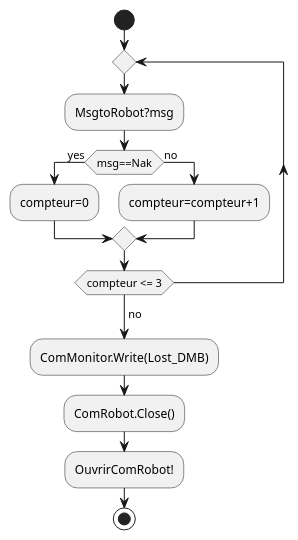
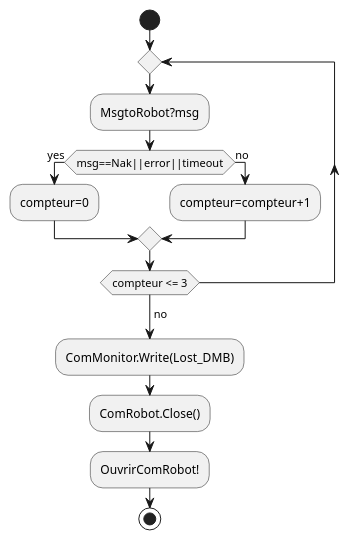
One commit to dotsumae/TP-temps-reel changed the diagram in modele/diagrammes d'activite/8 et 9_pertecomRS.plantuml. Above: the diagram before and after it, drawn with PlantUML.

Commit message:
Update 8 et 9_pertecomRS.plantuml

```diff
--- a/modele/diagrammes d'activite/8 et 9_pertecomRS.plantuml
+++ b/modele/diagrammes d'activite/8 et 9_pertecomRS.plantuml
@@ -1,26 +1,26 @@
 @startuml
 'Fonctionnalite 8 et 9 : 
 
 skinparam monochrome true
 
 start
 repeat
 :MsgtoRobot?msg;
 
-if (msg==Nak) then (yes)
+if (msg==Nak||error||timeout) then (yes)
   :compteur=0;
   else (no)
   :compteur=compteur+1;
 endif
 
 repeat while (compteur <= 3)
 -> no; 
 :ComMonitor.Write(Lost_DMB);
 :ComRobot.Close();
 :OuvrirComRobot!;
 
 
 
 
 stop
 @enduml
```
